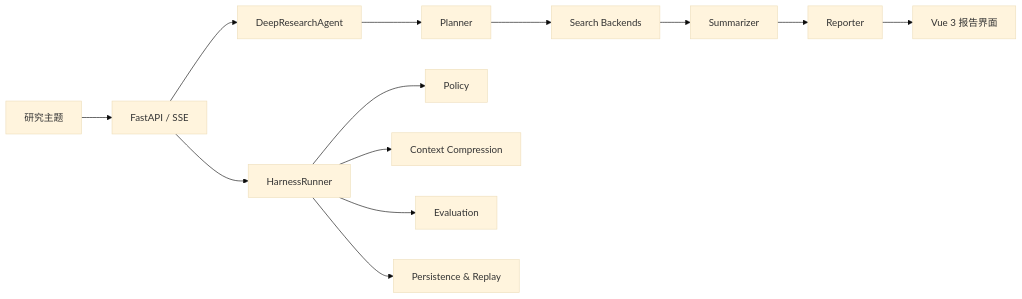
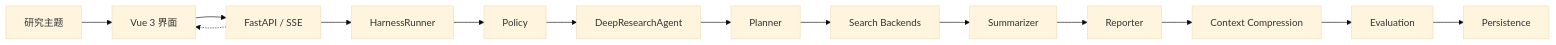
Before and after one commit to 9dianbiqi/ha_deepresearch: the first of 2 diagrams in README.md, drawn with Mermaid (base theme). The commit also changed other lines of this file, not shown here.

Commit message:
docs: align architecture and capability claims

````diff
--- a/README.md
+++ b/README.md
@@ -53,16 +53,16 @@
 ```mermaid
 flowchart LR
-    U["研究主题"] --> API["FastAPI / SSE"]
-    API --> A["DeepResearchAgent"]
+    U["研究主题"] --> UI["Vue 3 界面"]
+    UI --> API["FastAPI / SSE"]
+    API -.-> UI
+    API --> H["HarnessRunner"]
+    H --> POL["Policy"]
+    POL --> A["DeepResearchAgent"]
     A --> P["Planner"]
     P --> S["Search Backends"]
     S --> M["Summarizer"]
     M --> R["Reporter"]
-    R --> UI["Vue 3 报告界面"]
-
-    API --> H["HarnessRunner"]
-    H --> POL["Policy"]
-    H --> C["Context Compression"]
-    H --> E["Evaluation"]
-    H --> REC["Persistence & Replay"]
+    R --> C["Context Compression"]
+    C --> E["Evaluation"]
+    E --> REC["Persistence"]
 ```
````
